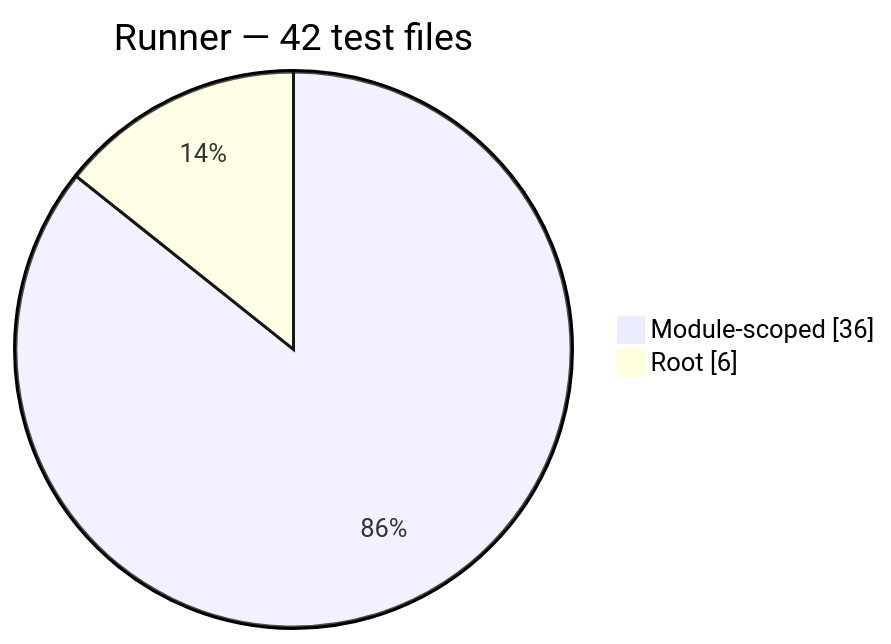
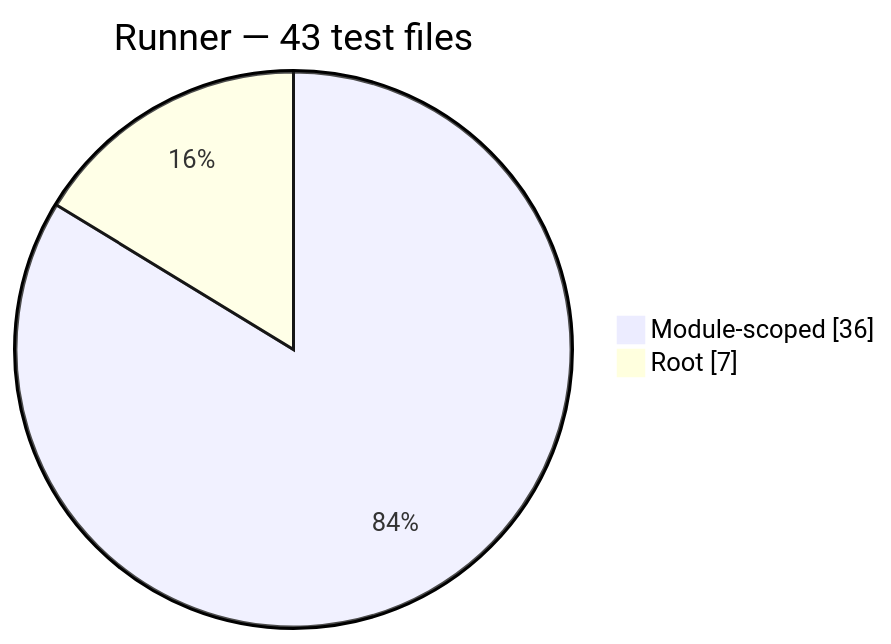
One commit to Mohammed-Alama/php-arazzo changed the tenth of 13 diagrams in docs/generated/test-composition.md. Above: the diagram before and after it, drawn with Mermaid. The commit also changed other lines of this file and 10 other files, not shown here.

````diff
--- a/docs/generated/test-composition.md
+++ b/docs/generated/test-composition.md
@@ -136,6 +136,6 @@
 ```mermaid
 pie showData
-    title Runner — 42 test files
+    title Runner — 43 test files
     "Module-scoped": 36
-    "Root": 6
+    "Root": 7
 ```
````
